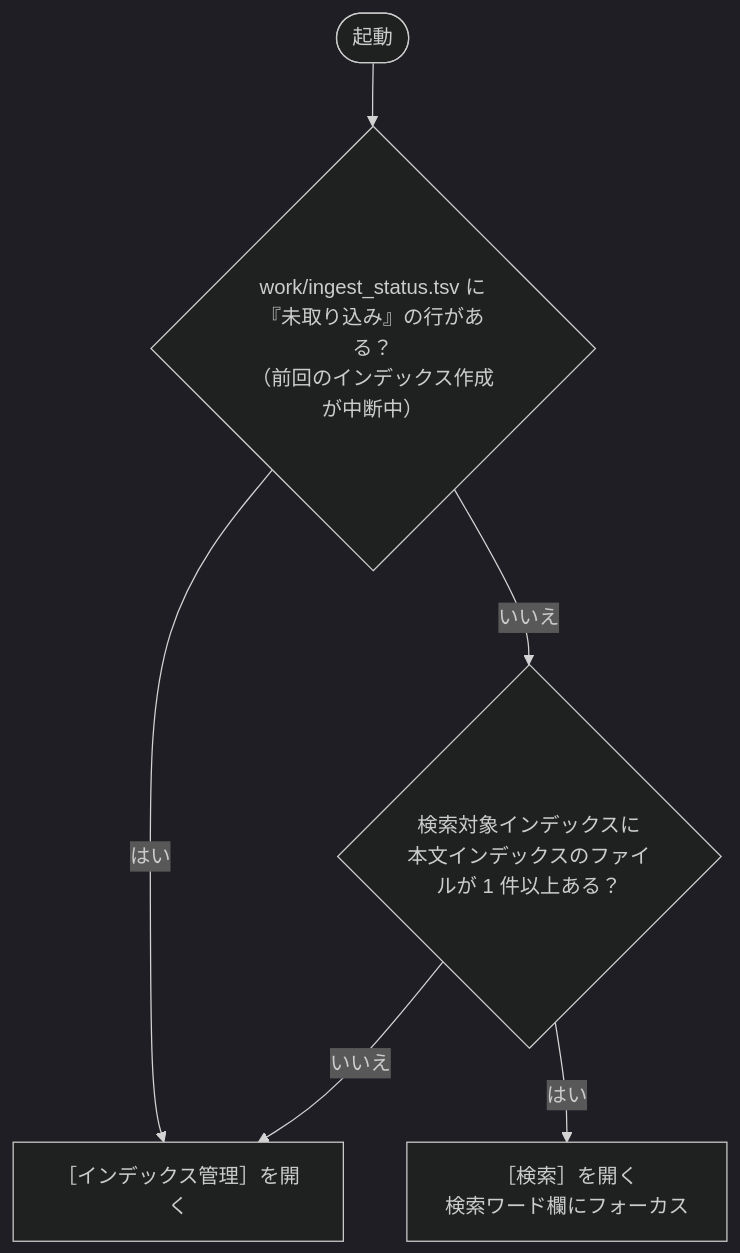
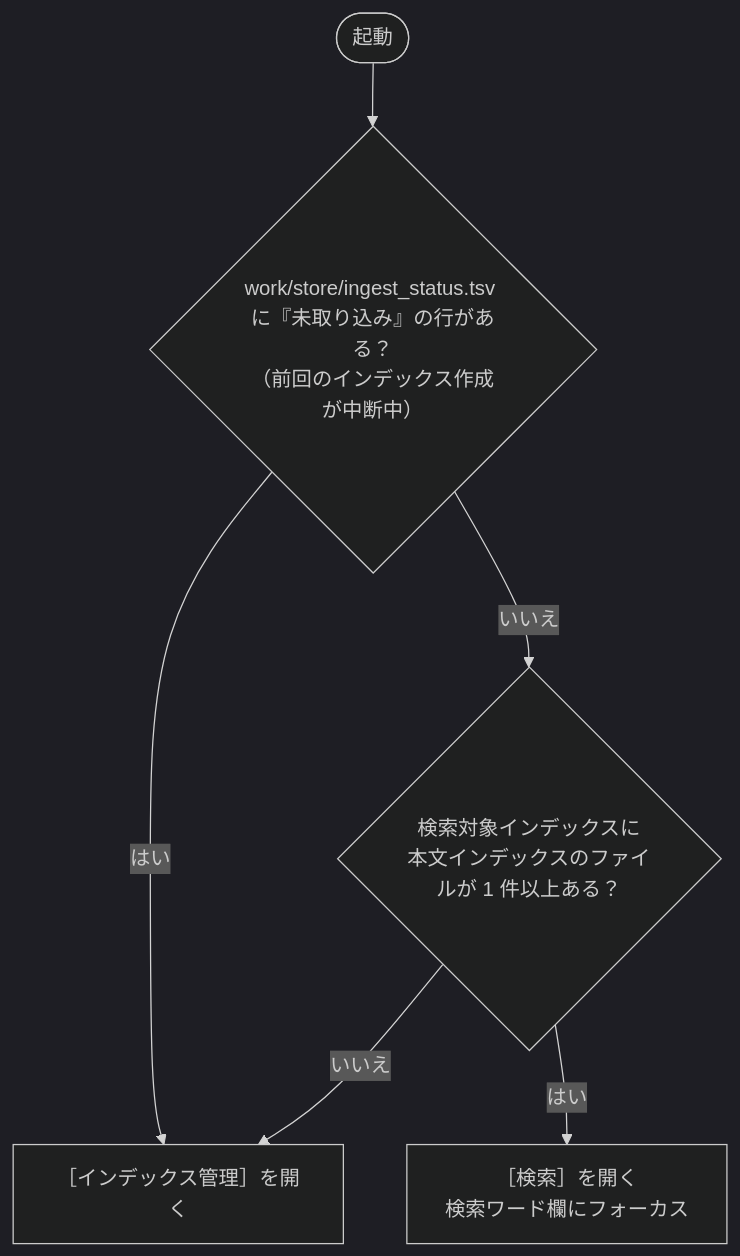
Before and after one commit to hsgwa/tebunko: the second of 2 diagrams in docs/design/gui/index.md, drawn with Mermaid (dark theme). The commit also changed 118 other files, not shown here.

````diff
--- a/docs/design/gui/index.md
+++ b/docs/design/gui/index.md
@@ -108,8 +108,8 @@
 ```mermaid
 flowchart TD
-    S(["起動"]) --> A{"work/ingest_status.tsv に『未取り込み』の行がある？<br>（前回のインデックス作成が中断中）"}
+    S(["起動"]) --> A{"work/store/ingest_status.tsv に『未取り込み』の行がある？<br>（前回のインデックス作成が中断中）"}
     A -- はい --> T1["［インデックス管理］を開く"]
     A -- いいえ --> B{"検索対象インデックスに<br>本文インデックスのファイルが 1 件以上ある？"}
     B -- いいえ --> T1
     B -- はい --> T2["［検索］を開く<br>検索ワード欄にフォーカス"]
 ```
````
